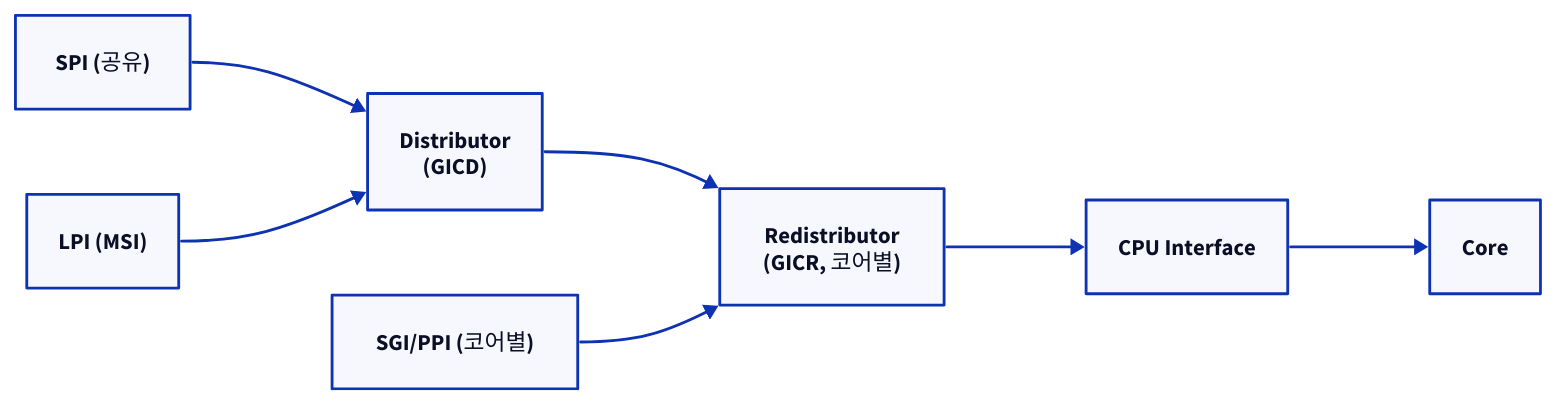
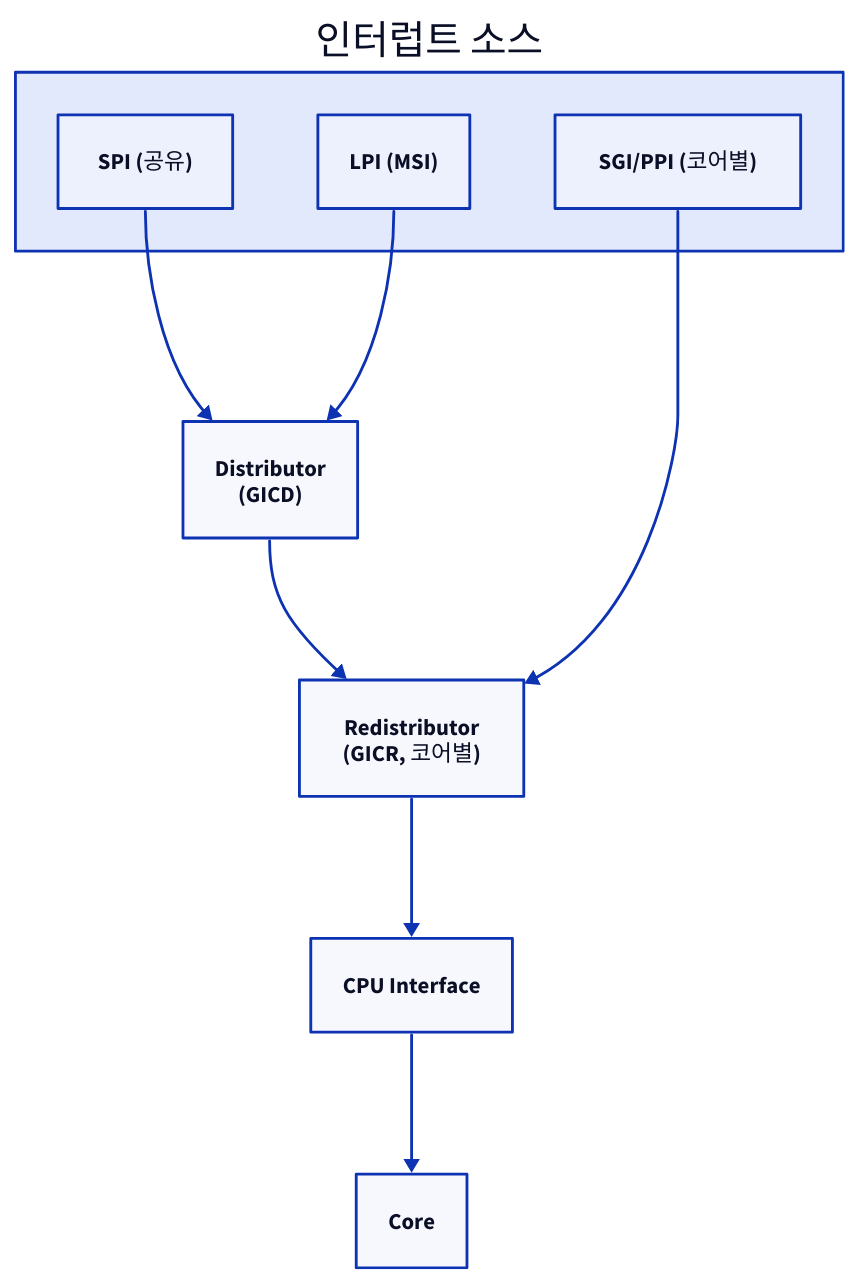
The seventh of 10 diagrams in topics/arm_security/docs/02_world_switch_soc_infra.md (humbleowl39/DV_SKOOL), drawn with D2 before and after one commit. The commit also changed other lines of this file and 90 other files, not shown here.

First line of the commit message:
docs: 전 토픽 다이어그램 정비 — ASCII→D2, mermaid→D2, 과대 D2 가시성 수정

````diff
--- a/topics/arm_security/docs/02_world_switch_soc_infra.md
+++ b/topics/arm_security/docs/02_world_switch_soc_infra.md
@@ -354,17 +354,20 @@
 ```d2
-direction: right
+direction: down
 
-SPI: "SPI (공유)"
-LPI: "LPI (MSI)"
-SGIPPI: "SGI/PPI (코어별)"
+IN: "인터럽트 소스" {
+  SPI: "SPI (공유)"
+  LPI: "LPI (MSI)"
+  SGIPPI: "SGI/PPI (코어별)"
+}
 GICD: "Distributor\n(GICD)"
 GICR: "Redistributor\n(GICR, 코어별)"
 CPUIF: "CPU Interface"
 CORE: "Core"
-SPI -> GICD
-LPI -> GICD
+
+IN.SPI -> GICD
+IN.LPI -> GICD
 GICD -> GICR
-SGIPPI -> GICR
+IN.SGIPPI -> GICR
 GICR -> CPUIF
 CPUIF -> CORE
 ```
````
